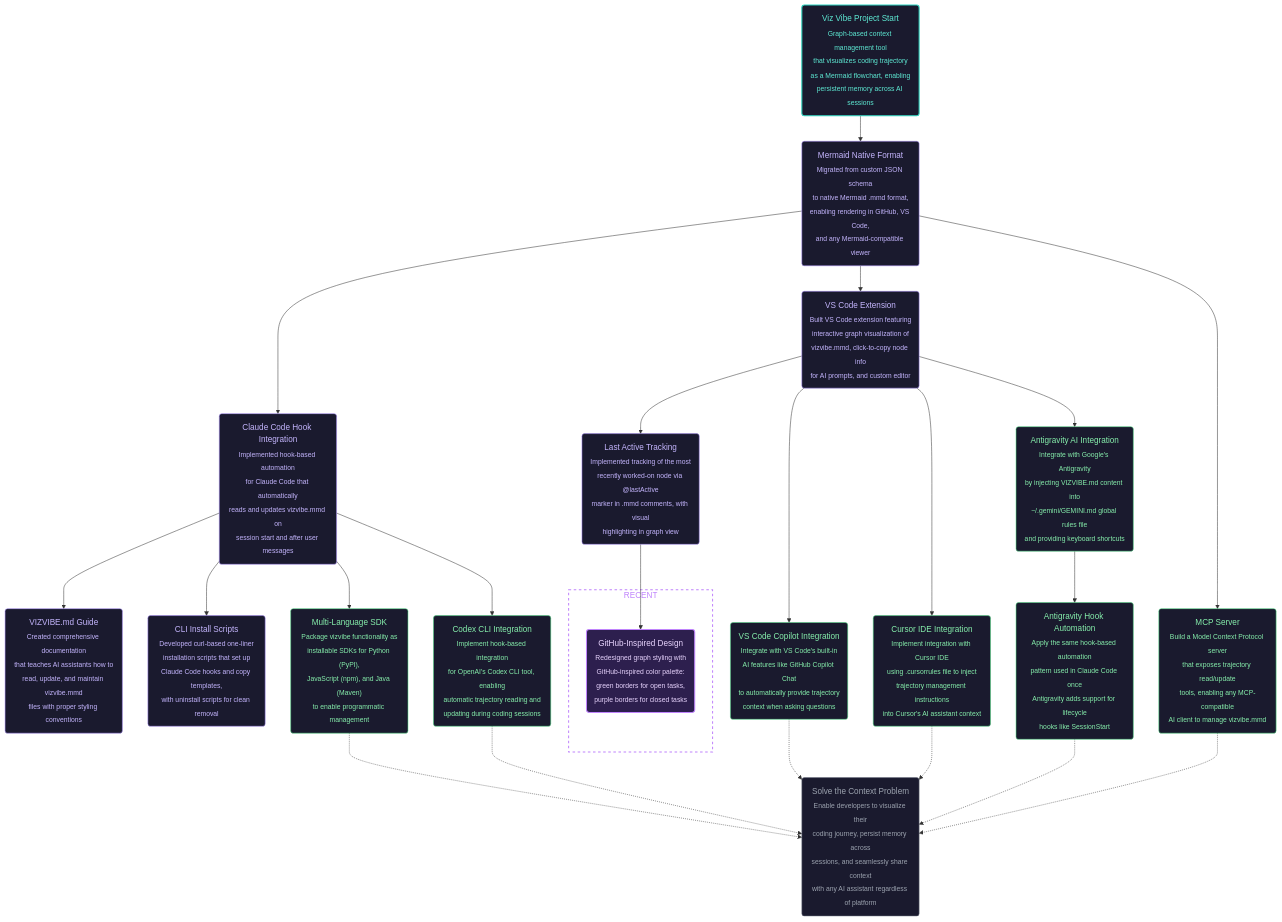
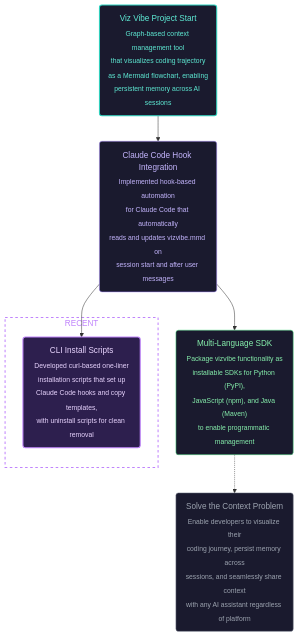
The fifth of 11 diagrams in shared/templates/VIZVIBE.md (NamHyeongKeol/viz-vibe), drawn with Mermaid before and after one commit. The commit also changed other lines of this file and 3 other files, not shown here.

````diff
--- a/shared/templates/VIZVIBE.md
+++ b/shared/templates/VIZVIBE.md
@@ -396,7 +396,6 @@
 flowchart TD
     %% === PROJECT GOALS ===
     %% Ultimate Goal: Make human-AI collaboration seamless with visual context maps
-    %% Current Goal: Expand AI agent integrations to other platforms
 
     %% === START ===
     %% @project_start [start, closed]
@@ -406,107 +405,43 @@
     ultimate_goal("Solve the Context Problem<br/><sub>Enable developers to visualize their<br/>coding journey, persist memory across<br/>sessions, and seamlessly share context<br/>with any AI assistant regardless of platform</sub>")
 
     %% === COMPLETED WORK ===
-    %% @mermaid_native [ai-task, closed]
-    mermaid_native("Mermaid Native Format<br/><sub>Migrated from custom JSON schema<br/>to native Mermaid .mmd format,<br/>enabling rendering in GitHub, VS Code,<br/>and any Mermaid-compatible viewer</sub>")
-
     %% @claude_code_integration [ai-task, closed]
     claude_code_integration("Claude Code Hook Integration<br/><sub>Implemented hook-based automation<br/>for Claude Code that automatically<br/>reads and updates vizvibe.mmd on<br/>session start and after user messages</sub>")
-
-    %% @vizvibe_guide [ai-task, closed]
-    vizvibe_guide("VIZVIBE.md Guide<br/><sub>Created comprehensive documentation<br/>that teaches AI assistants how to<br/>read, update, and maintain vizvibe.mmd<br/>files with proper styling conventions</sub>")
 
     %% @install_scripts [ai-task, closed]
     install_scripts("CLI Install Scripts<br/><sub>Developed curl-based one-liner<br/>installation scripts that set up<br/>Claude Code hooks and copy templates,<br/>with uninstall scripts for clean removal</sub>")
 
-    %% @vscode_extension [ai-task, closed]
-    vscode_extension("VS Code Extension<br/><sub>Built VS Code extension featuring<br/>interactive graph visualization of<br/>vizvibe.mmd, click-to-copy node info<br/>for AI prompts, and custom editor</sub>")
-
-    %% @lastactive_tracking [ai-task, closed]
-    lastactive_tracking("Last Active Tracking<br/><sub>Implemented tracking of the most<br/>recently worked-on node via @lastActive<br/>marker in .mmd comments, with visual<br/>highlighting in graph view</sub>")
-
-    %% @design_renewal [ai-task, closed]
-    design_renewal("GitHub-Inspired Design<br/><sub>Redesigned graph styling with<br/>GitHub-inspired color palette:<br/>green borders for open tasks,<br/>purple borders for closed tasks</sub>")
-
-    %% === FUTURE WORK: AI AGENT INTEGRATIONS ===
-    %% @vscode_agent_integration [ai-task, opened]
-    vscode_agent_integration("VS Code Copilot Integration<br/><sub>Integrate with VS Code's built-in<br/>AI features like GitHub Copilot Chat<br/>to automatically provide trajectory<br/>context when asking questions</sub>")
-
-    %% @cursor_agent_integration [ai-task, opened]
-    cursor_agent_integration("Cursor IDE Integration<br/><sub>Implement integration with Cursor IDE<br/>using .cursorrules file to inject<br/>trajectory management instructions<br/>into Cursor's AI assistant context</sub>")
-
-    %% @antigravity_agent_integration [ai-task, opened]
-    antigravity_agent_integration("Antigravity AI Integration<br/><sub>Integrate with Google's Antigravity<br/>by injecting VIZVIBE.md content into<br/>~/.gemini/GEMINI.md global rules file<br/>and providing keyboard shortcuts</sub>")
-
-    %% @antigravity_hook_support [ai-task, opened]
-    antigravity_hook_support("Antigravity Hook Automation<br/><sub>Apply the same hook-based automation<br/>pattern used in Claude Code once<br/>Antigravity adds support for lifecycle<br/>hooks like SessionStart</sub>")
-
-    %% @codex_cli_integration [ai-task, opened]
-    codex_cli_integration("Codex CLI Integration<br/><sub>Implement hook-based integration<br/>for OpenAI's Codex CLI tool, enabling<br/>automatic trajectory reading and<br/>updating during coding sessions</sub>")
-
-    %% === FUTURE WORK: OTHER ===
+    %% === FUTURE WORK ===
     %% @lib_packaging [ai-task, opened]
     lib_packaging("Multi-Language SDK<br/><sub>Package vizvibe functionality as<br/>installable SDKs for Python (PyPI),<br/>JavaScript (npm), and Java (Maven)<br/>to enable programmatic management</sub>")
 
-    %% @mcp_server [ai-task, opened]
-    mcp_server("MCP Server<br/><sub>Build a Model Context Protocol server<br/>that exposes trajectory read/update<br/>tools, enabling any MCP-compatible<br/>AI client to manage vizvibe.mmd</sub>")
-
     %% === CONNECTIONS ===
-    project_start --> mermaid_native
-    mermaid_native --> claude_code_integration
-    mermaid_native --> vscode_extension
-    claude_code_integration --> vizvibe_guide
+    project_start --> claude_code_integration
     claude_code_integration --> install_scripts
     claude_code_integration --> lib_packaging
-    claude_code_integration --> codex_cli_integration
-    vscode_extension --> lastactive_tracking
-    lastactive_tracking --> design_renewal
-    vscode_extension --> vscode_agent_integration
-    vscode_extension --> cursor_agent_integration
-    vscode_extension --> antigravity_agent_integration
-    antigravity_agent_integration --> antigravity_hook_support
-    mermaid_native --> mcp_server
     lib_packaging -.-> ultimate_goal
-    mcp_server -.-> ultimate_goal
-    codex_cli_integration -.-> ultimate_goal
-    vscode_agent_integration -.-> ultimate_goal
-    cursor_agent_integration -.-> ultimate_goal
-    antigravity_hook_support -.-> ultimate_goal
 
     %% === RECENT WORK HIGHLIGHT ===
-    %% Use subgraph to visually highlight recently completed work
     subgraph recent [RECENT]
-        design_renewal
+        install_scripts
     end
 
     %% === STYLES ===
-    %% GitHub-inspired colors: Open = green, Closed = purple/gray
-
     %% Start node (teal)
     style project_start fill:#1a1a2e,stroke:#2dd4bf,color:#5eead4,stroke-width:2px
 
-    %% Ultimate Goal (muted)
+    %% Ultimate Goal (muted gray)
     style ultimate_goal fill:#1a1a2e,stroke:#6b7280,color:#9ca3af,stroke-width:1px
 
-    %% Closed tasks (soft purple - like GitHub merged)
-    style mermaid_native fill:#1a1a2e,stroke:#a78bfa,color:#c4b5fd,stroke-width:1px
+    %% Closed tasks (soft purple)
     style claude_code_integration fill:#1a1a2e,stroke:#a78bfa,color:#c4b5fd,stroke-width:1px
-    style vizvibe_guide fill:#1a1a2e,stroke:#a78bfa,color:#c4b5fd,stroke-width:1px
-    style install_scripts fill:#1a1a2e,stroke:#a78bfa,color:#c4b5fd,stroke-width:1px
-    style vscode_extension fill:#1a1a2e,stroke:#a78bfa,color:#c4b5fd,stroke-width:1px
-    style lastactive_tracking fill:#1a1a2e,stroke:#a78bfa,color:#c4b5fd,stroke-width:1px
 
-    %% Recent node (highlighted - brighter purple)
-    style design_renewal fill:#2d1f4e,stroke:#c084fc,color:#e9d5ff,stroke-width:2px
+    %% Recent node (highlighted purple)
+    style install_scripts fill:#2d1f4e,stroke:#c084fc,color:#e9d5ff,stroke-width:2px
 
-    %% Recent subgraph style (dashed purple border)
+    %% Recent subgraph (dashed border)
     style recent fill:transparent,stroke:#c084fc,color:#c084fc,stroke-width:2px,stroke-dasharray:5 5
 
-    %% Open tasks (soft green - like GitHub open)
-    style vscode_agent_integration fill:#1a1a2e,stroke:#4ade80,color:#86efac,stroke-width:1px
-    style cursor_agent_integration fill:#1a1a2e,stroke:#4ade80,color:#86efac,stroke-width:1px
-    style antigravity_agent_integration fill:#1a1a2e,stroke:#4ade80,color:#86efac,stroke-width:1px
-    style antigravity_hook_support fill:#1a1a2e,stroke:#4ade80,color:#86efac,stroke-width:1px
-    style codex_cli_integration fill:#1a1a2e,stroke:#4ade80,color:#86efac,stroke-width:1px
+    %% Open tasks (soft green)
     style lib_packaging fill:#1a1a2e,stroke:#4ade80,color:#86efac,stroke-width:1px
-    style mcp_server fill:#1a1a2e,stroke:#4ade80,color:#86efac,stroke-width:1px
 ```
````
